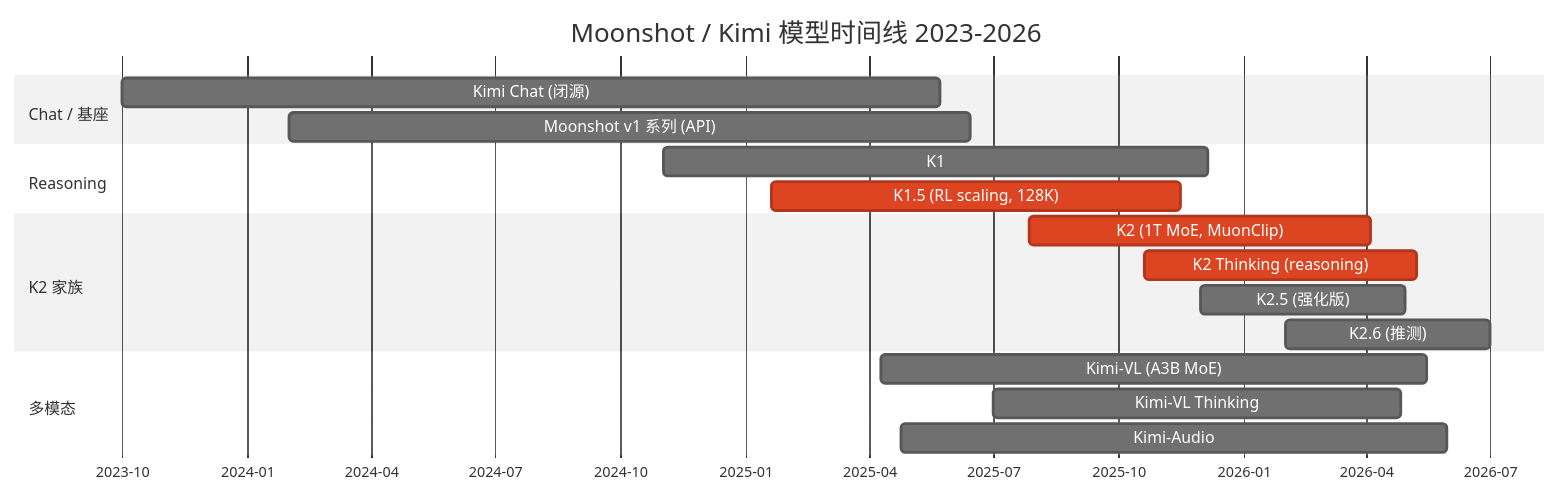
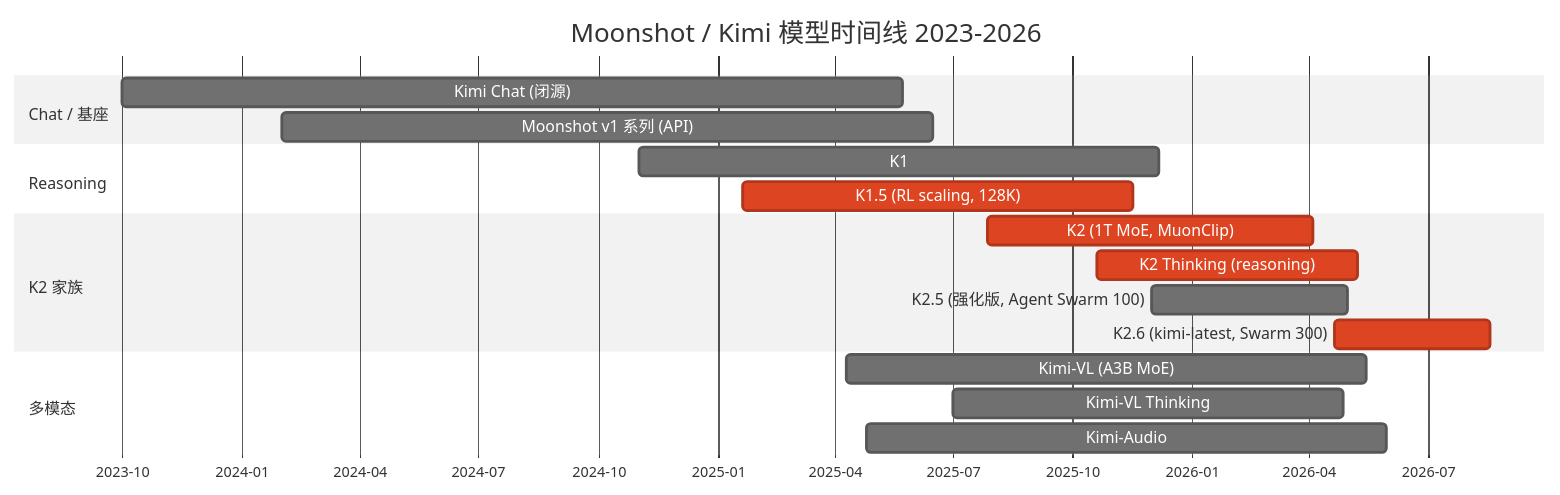
One commit to pengyanai/notebook changed the first of 4 diagrams in posts/2026-05-08-kimi-moonshot-technical-insights-wip.md. Above: the diagram before and after it, drawn with Mermaid (neutral theme). The commit also changed other lines of this file and 1 other file, not shown here.

First line of the commit message:
expand Kimi post: K2 report integration, K2.6 (2026-04), MoonViT / Kimi-Audio / MuonClip cross-domain

````diff
--- a/posts/2026-05-08-kimi-moonshot-technical-insights-wip.md
+++ b/posts/2026-05-08-kimi-moonshot-technical-insights-wip.md
@@ -27,25 +37,25 @@
 ```mermaid
 gantt
     title Moonshot / Kimi 模型时间线 2023-2026
     dateFormat YYYY-MM-DD
     axisFormat %Y-%m
 
     section Chat / 基座
     Kimi Chat (闭源)              :c1, 2023-10-01, 600d
     Moonshot v1 系列 (API)        :c2, 2024-02-01, 500d
 
     section Reasoning
     K1                            :k1, 2024-11-01, 400d
     K1.5 (RL scaling, 128K)       :crit, k15, 2025-01-20, 300d
 
     section K2 家族
     K2 (1T MoE, MuonClip)         :crit, k2, 2025-07-28, 250d
     K2 Thinking (reasoning)       :crit, k2t, 2025-10-20, 200d
-    K2.5 (强化版)                 :k25, 2025-12-01, 150d
-    K2.6 (推测)                   :k26, 2026-02-01, 150d
+    K2.5 (强化版, Agent Swarm 100) :k25, 2025-12-01, 150d
+    K2.6 (kimi-latest, Swarm 300) :crit, k26, 2026-04-20, 120d
 
     section 多模态
     Kimi-VL (A3B MoE)             :vl, 2025-04-10, 400d
     Kimi-VL Thinking              :vlt, 2025-07-01, 300d
     Kimi-Audio                    :au, 2025-04-25, 400d
 ```
````
